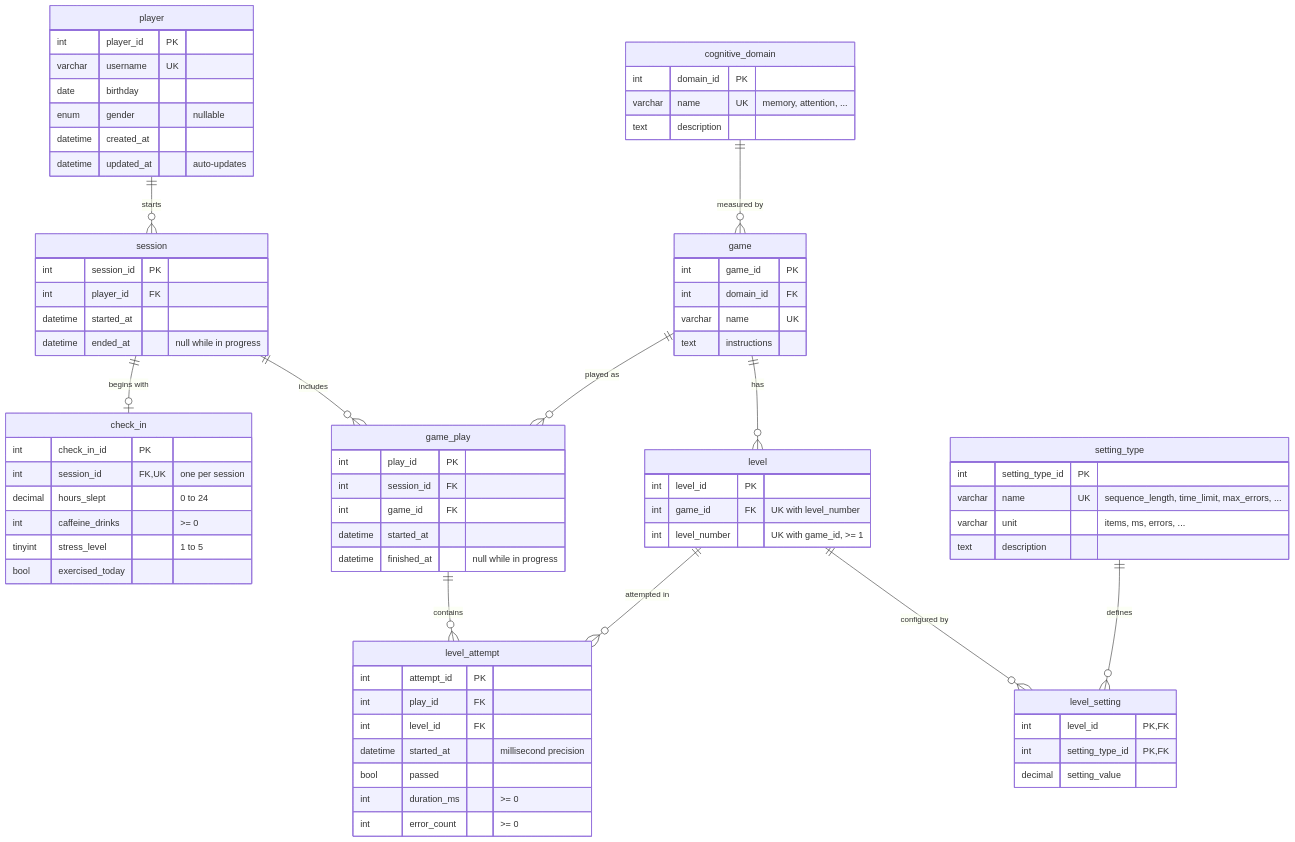
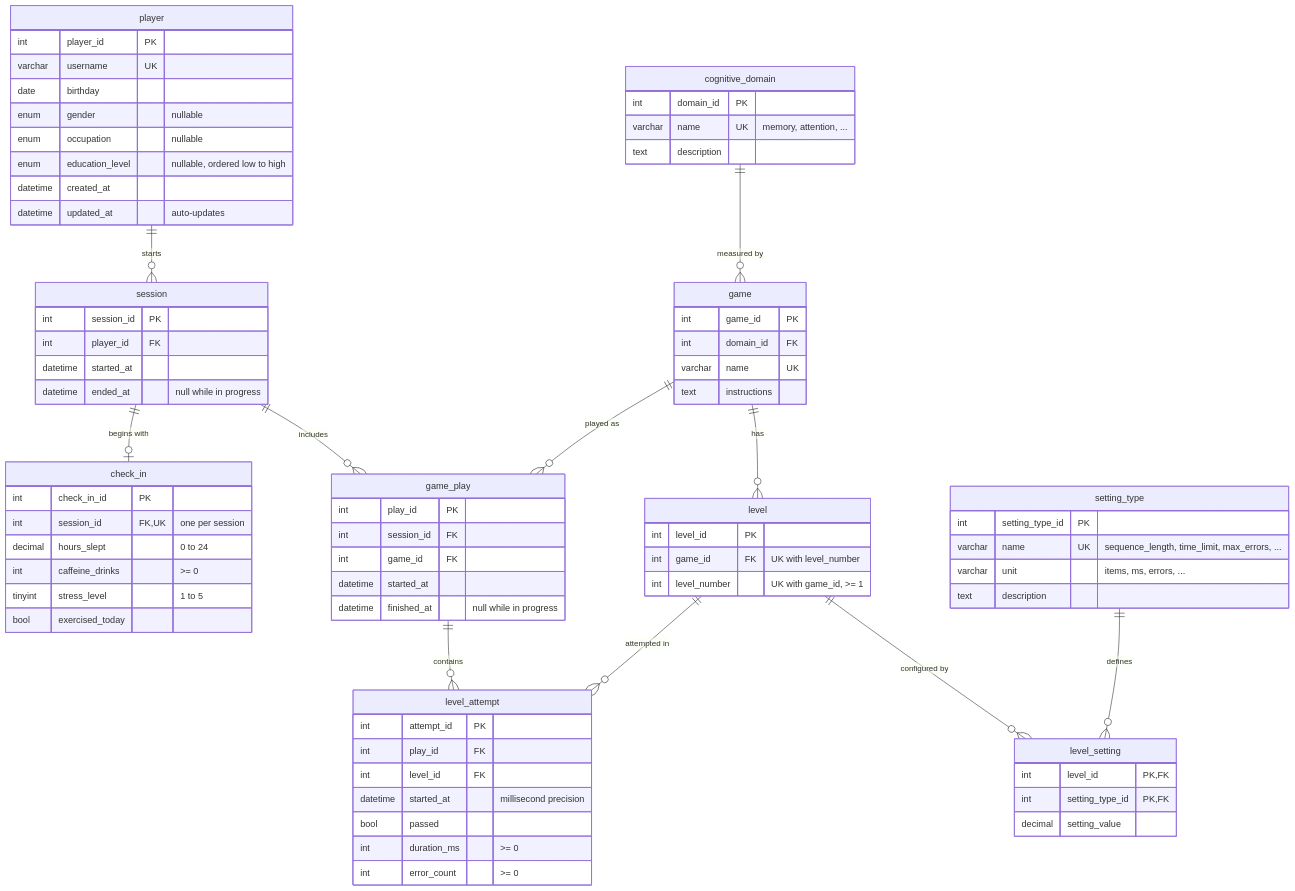
The diagram in SCHEMA.md (mwanta/brain-arcade), drawn with Mermaid before and after one commit. The commit also changed other lines of this file and 61 other files, not shown here.

````diff
--- a/SCHEMA.md
+++ b/SCHEMA.md
@@ -7,79 +7,81 @@
 ```mermaid
 erDiagram
     player ||--o{ session : starts
     session ||--o| check_in : "begins with"
     session ||--o{ game_play : includes
     cognitive_domain ||--o{ game : "measured by"
     game ||--o{ game_play : "played as"
     game ||--o{ level : has
     game_play ||--o{ level_attempt : contains
     level ||--o{ level_attempt : "attempted in"
     level ||--o{ level_setting : "configured by"
     setting_type ||--o{ level_setting : defines
 
     player {
         int player_id PK
         varchar username UK
         date birthday
         enum gender "nullable"
+        enum occupation "nullable"
+        enum education_level "nullable, ordered low to high"
         datetime created_at
         datetime updated_at "auto-updates"
     }
     session {
         int session_id PK
         int player_id FK
         datetime started_at
         datetime ended_at "null while in progress"
     }
     check_in {
         int check_in_id PK
         int session_id FK, UK "one per session"
         decimal hours_slept "0 to 24"
         int caffeine_drinks ">= 0"
         tinyint stress_level "1 to 5"
         bool exercised_today
     }
     cognitive_domain {
         int domain_id PK
         varchar name UK "memory, attention, ..."
         text description
     }
     game {
         int game_id PK
         int domain_id FK
         varchar name UK
         text instructions
     }
     level {
         int level_id PK
         int game_id FK "UK with level_number"
         int level_number "UK with game_id, >= 1"
     }
     setting_type {
         int setting_type_id PK
         varchar name UK "sequence_length, time_limit, max_errors, ..."
         varchar unit "items, ms, errors, ..."
         text description
     }
     level_setting {
         int level_id PK, FK
         int setting_type_id PK, FK
         decimal setting_value
     }
     game_play {
         int play_id PK
         int session_id FK
         int game_id FK
         datetime started_at
         datetime finished_at "null while in progress"
     }
     level_attempt {
         int attempt_id PK
         int play_id FK
         int level_id FK
         datetime started_at "millisecond precision"
         bool passed
         int duration_ms ">= 0"
         int error_count ">= 0"
     }
 ```
````
